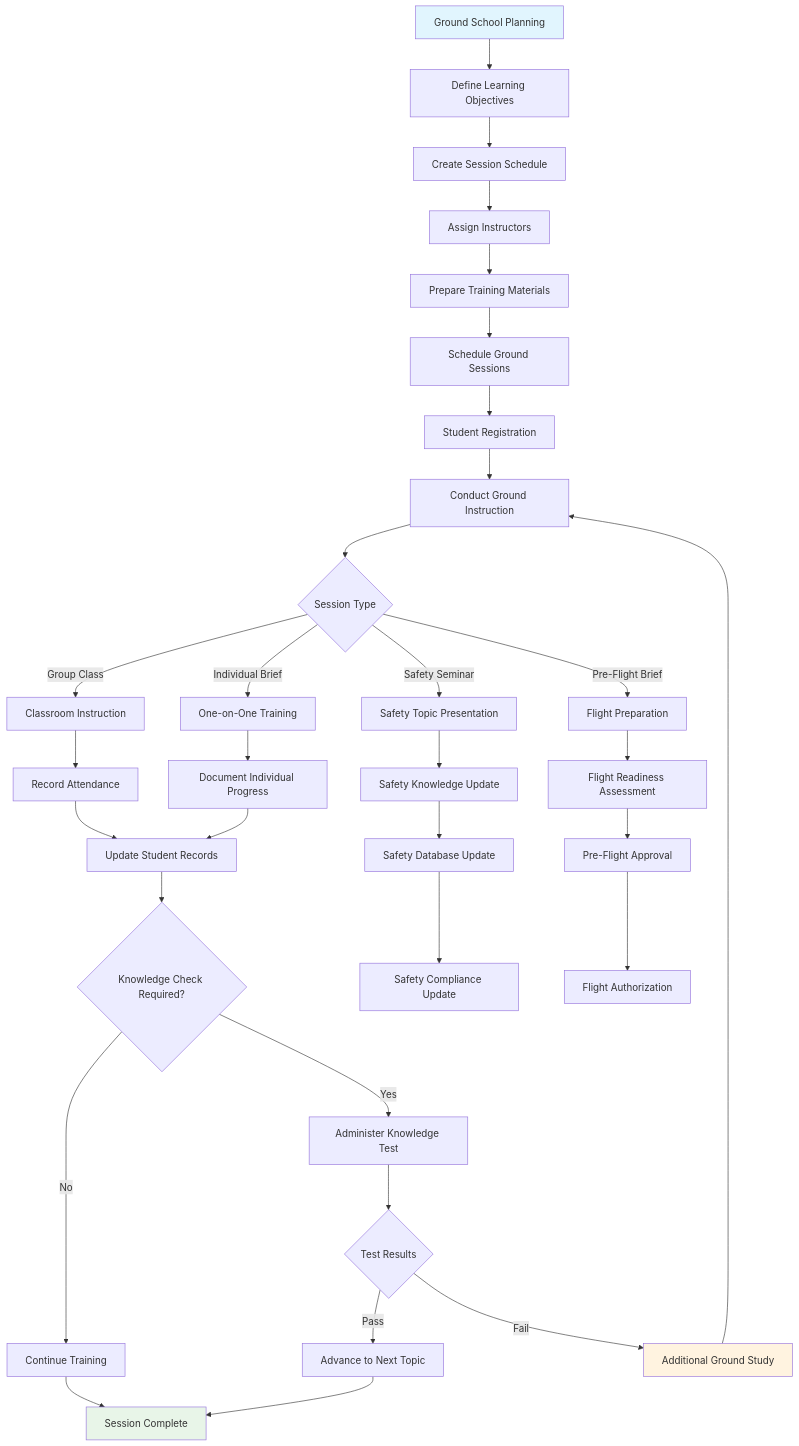
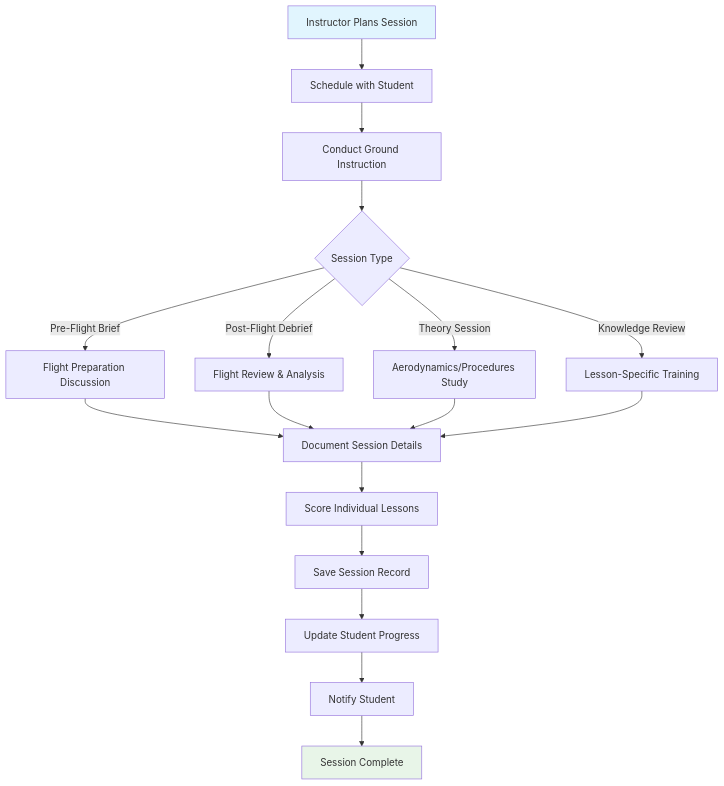
One commit to pietbarber/Manage2Soar changed the first of 11 diagrams in docs/workflows/08-ground-instruction.md. Above: the diagram before and after it, drawn with Mermaid. The commit also changed other lines of this file and 2 other files, not shown here.

Commit message:
removed fibs about charging for instructon (ground and flight). Removed one ERD entry.

````diff
--- a/docs/workflows/08-ground-instruction.md
+++ b/docs/workflows/08-ground-instruction.md
@@ -16,45 +15,25 @@
 ```mermaid
 flowchart TD
-    A[Ground School Planning] --> B[Define Learning Objectives]
-    B --> C[Create Session Schedule]
-    C --> D[Assign Instructors]
-    D --> E[Prepare Training Materials]
+    A[Instructor Plans Session] --> B[Schedule with Student]
+    B --> C[Conduct Ground Instruction]
     
-    E --> F[Schedule Ground Sessions]
-    F --> G[Student Registration]
-    G --> H[Conduct Ground Instruction]
+    C --> D{Session Type}
+    D -->|Pre-Flight Brief| E[Flight Preparation Discussion]
+    D -->|Post-Flight Debrief| F[Flight Review & Analysis]
+    D -->|Theory Session| G[Aerodynamics/Procedures Study]
+    D -->|Knowledge Review| H[Lesson-Specific Training]
     
-    H --> I{Session Type}
-    I -->|Group Class| J[Classroom Instruction]
-    I -->|Individual Brief| K[One-on-One Training]
-    I -->|Safety Seminar| L[Safety Topic Presentation]
-    I -->|Pre-Flight Brief| M[Flight Preparation]
+    E --> I[Document Session Details]
+    F --> I
+    G --> I
+    H --> I
     
-    J --> N[Record Attendance]
-    K --> O[Document Individual Progress]
-    L --> P[Safety Knowledge Update]
-    M --> Q[Flight Readiness Assessment]
-    
-    N --> R[Update Student Records]
-    O --> R
-    P --> S[Safety Database Update]
-    Q --> T[Pre-Flight Approval]
-    
-    R --> U{Knowledge Check Required?}
-    U -->|Yes| V[Administer Knowledge Test]
-    U -->|No| W[Continue Training]
-    
-    V --> X{Test Results}
-    X -->|Pass| Y[Advance to Next Topic]
-    X -->|Fail| Z[Additional Ground Study]
-    
-    S --> AA[Safety Compliance Update]
-    T --> BB[Flight Authorization]
-    W --> CC[Session Complete]
-    Y --> CC
-    Z --> H
+    I --> J[Score Individual Lessons]
+    J --> K[Save Session Record]
+    K --> L[Update Student Progress]
+    L --> M[Notify Student]
+    M --> N[Session Complete]
     
     style A fill:#e1f5fe
-    style CC fill:#e8f5e8
-    style Z fill:#fff3e0
+    style N fill:#e8f5e8
 ```
````
